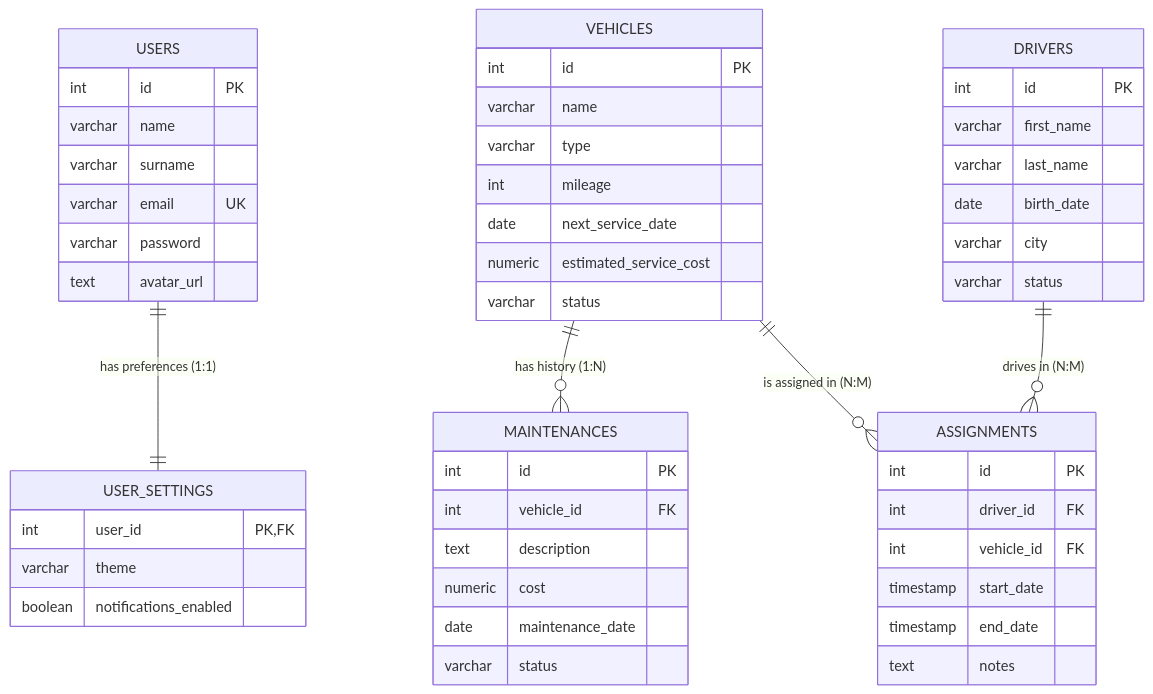
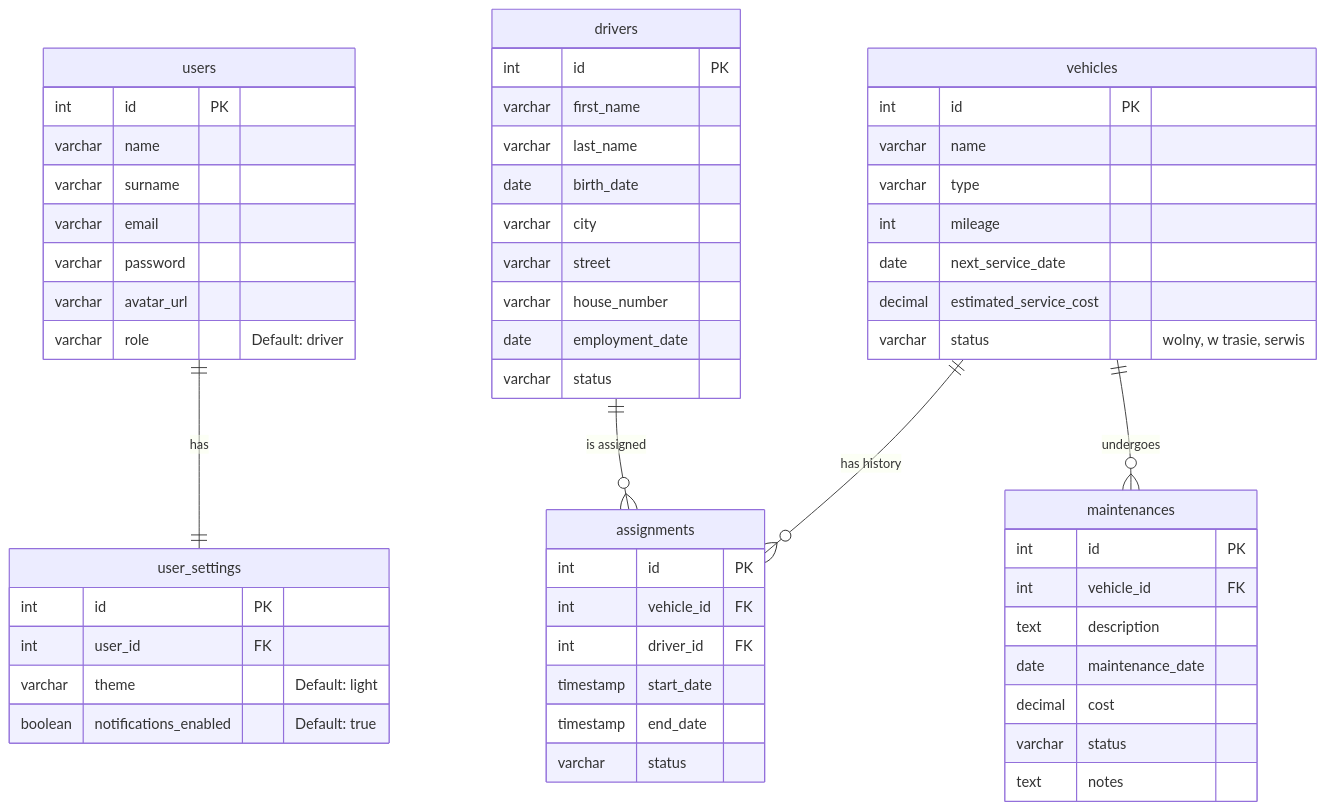
The diagram in ERD.md (pSus365/webintro), drawn with Mermaid before and after one commit. The commit also changed other lines of this file and 2 other files, not shown here.

Commit message:
ERD update

````diff
--- a/ERD.md
+++ b/ERD.md
@@ -5,59 +1,65 @@
 ```mermaid
 erDiagram
-    USERS ||--|| USER_SETTINGS : "has preferences (1:1)"
-    VEHICLES ||--o{ MAINTENANCES : "has history (1:N)"
-    VEHICLES ||--o{ ASSIGNMENTS : "is assigned in (N:M)"
-    DRIVERS ||--o{ ASSIGNMENTS : "drives in (N:M)"
-
-    USERS {
+    users {
         int id PK
         varchar name
         varchar surname
-        varchar email UK
+        varchar email
         varchar password
-        text avatar_url
+        varchar avatar_url
+        varchar role "Default: driver"
     }
 
-    USER_SETTINGS {
-        int user_id PK,FK
-        varchar theme
-        boolean notifications_enabled
+    user_settings {
+        int id PK
+        int user_id FK
+        varchar theme "Default: light"
+        boolean notifications_enabled "Default: true"
     }
 
-    VEHICLES {
+    vehicles {
         int id PK
         varchar name
         varchar type
         int mileage
         date next_service_date
-        numeric estimated_service_cost
-        varchar status
+        decimal estimated_service_cost
+        varchar status "wolny, w trasie, serwis"
     }
 
-    DRIVERS {
+    drivers {
         int id PK
         varchar first_name
         varchar last_name
         date birth_date
         varchar city
+        varchar street
+        varchar house_number
+        date employment_date
         varchar status
     }
 
-    ASSIGNMENTS {
+    assignments {
         int id PK
+        int vehicle_id FK
         int driver_id FK
-        int vehicle_id FK
         timestamp start_date
         timestamp end_date
+        varchar status
+    }
+
+    maintenances {
+        int id PK
+        int vehicle_id FK
+        text description
+        date maintenance_date
+        decimal cost
+        varchar status
         text notes
     }
 
-    MAINTENANCES {
-        int id PK
-        int vehicle_id FK
-        text description
-        numeric cost
-        date maintenance_date
-        varchar status
-    }
+    users ||--|| user_settings : "has"
+    vehicles ||--o{ assignments : "has history"
+    drivers ||--o{ assignments : "is assigned"
+    vehicles ||--o{ maintenances : "undergoes"
 ```
````
